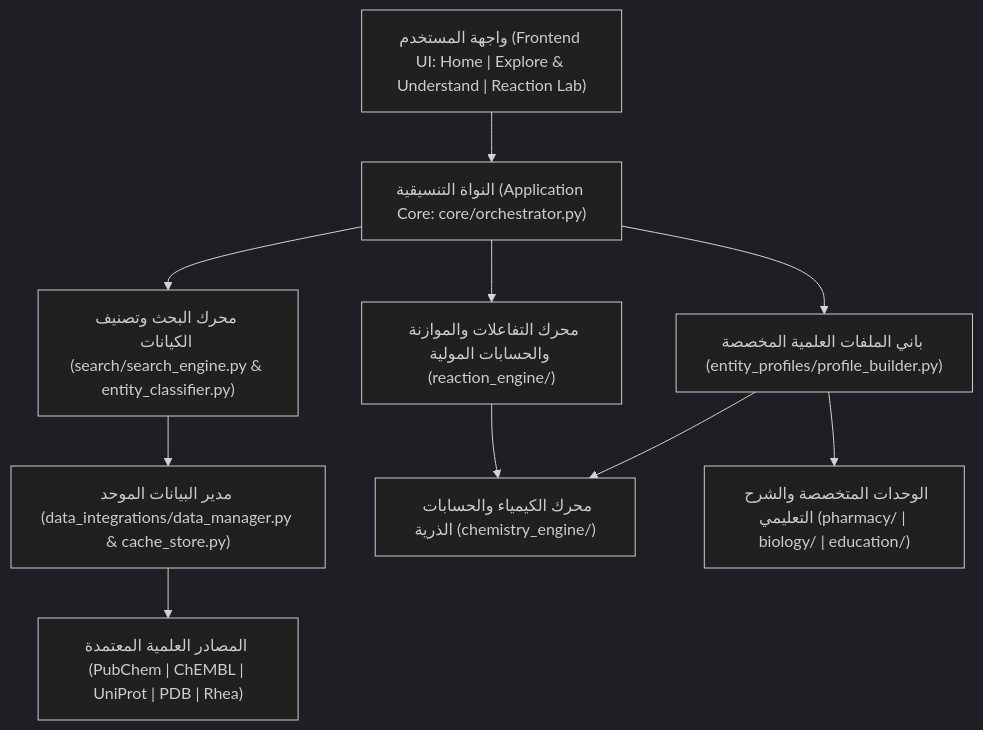
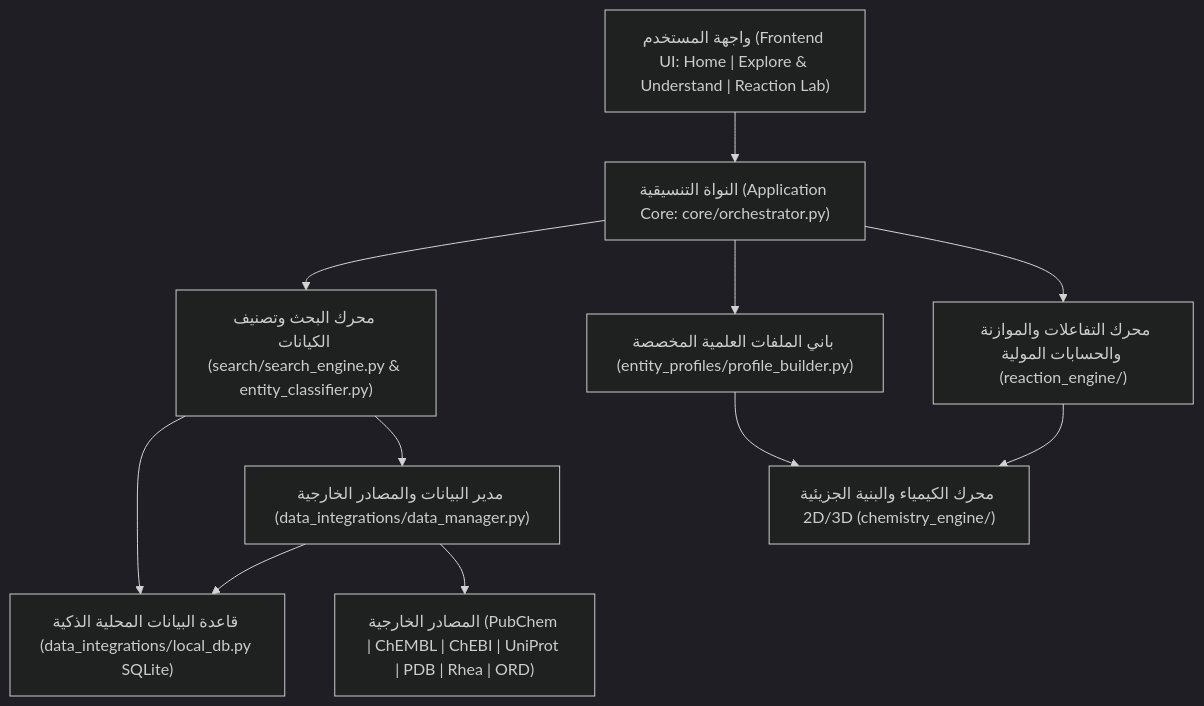
The diagram in README.md (a-muaafa/Moleculens-), drawn with Mermaid (dark theme) before and after one commit. The commit also changed other lines of this file and 4 other files, not shown here.

````diff
--- a/README.md
+++ b/README.md
@@ -27,22 +85,23 @@
 ```mermaid
 flowchart TD
     UI["واجهة المستخدم (Frontend UI: Home | Explore & Understand | Reaction Lab)"]
     CORE["النواة التنسيقية (Application Core: core/orchestrator.py)"]
     SRCH["محرك البحث وتصنيف الكيانات (search/search_engine.py & entity_classifier.py)"]
-    DM["مدير البيانات الموحد (data_integrations/data_manager.py & cache_store.py)"]
+    LDB["قاعدة البيانات المحلية الذكية (data_integrations/local_db.py SQLite)"]
+    DM["مدير البيانات والمصادر الخارجية (data_integrations/data_manager.py)"]
     PROF["باني الملفات العلمية المخصصة (entity_profiles/profile_builder.py)"]
-    CHEM["محرك الكيمياء والحسابات الذرية (chemistry_engine/)"]
+    CHEM["محرك الكيمياء والبنية الجزيئية 2D/3D (chemistry_engine/)"]
     RXN["محرك التفاعلات والموازنة والحسابات المولية (reaction_engine/)"]
-    MODS["الوحدات المتخصصة والشرح التعليمي (pharmacy/ | biology/ | education/)"]
-    EXT["المصادر العلمية المعتمدة (PubChem | ChEMBL | UniProt | PDB | Rhea)"]
+    EXT["المصادر الخارجية (PubChem | ChEMBL | ChEBI | UniProt | PDB | Rhea | ORD)"]
 
     UI --> CORE
     CORE --> SRCH
     CORE --> PROF
     CORE --> RXN
+    SRCH --> LDB
     SRCH --> DM
+    DM --> LDB
+    DM --> EXT
     PROF --> CHEM
-    PROF --> MODS
     RXN --> CHEM
-    DM --> EXT
 ```
````
